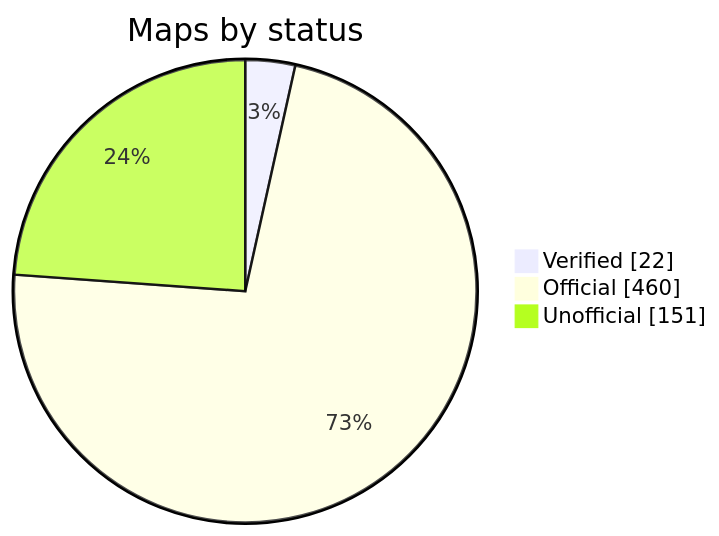
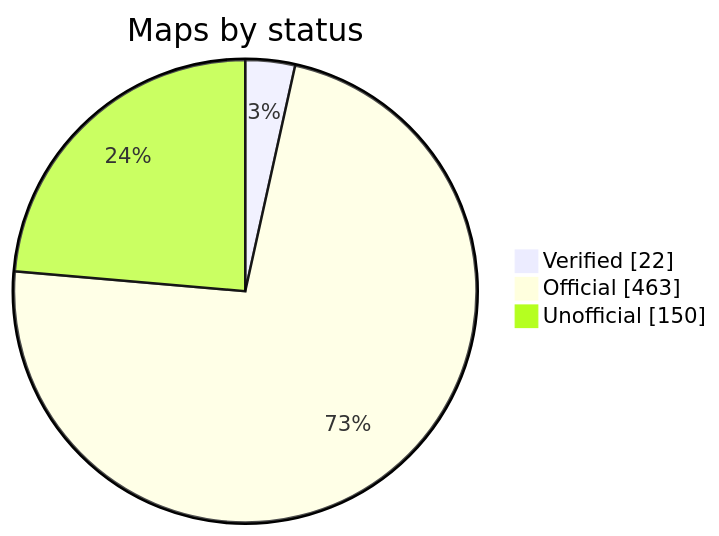
Before and after one commit to nobrega8/mbmap-library: the diagram in README.md, drawn with Mermaid. The commit also changed 4 other files, not shown here.

````diff
--- a/README.md
+++ b/README.md
@@ -52,7 +52,7 @@
 ```mermaid
 pie showData
     title Maps by status
     "Verified" : 22
-    "Official" : 460
-    "Unofficial" : 151
+    "Official" : 463
+    "Unofficial" : 150
 ```
````
